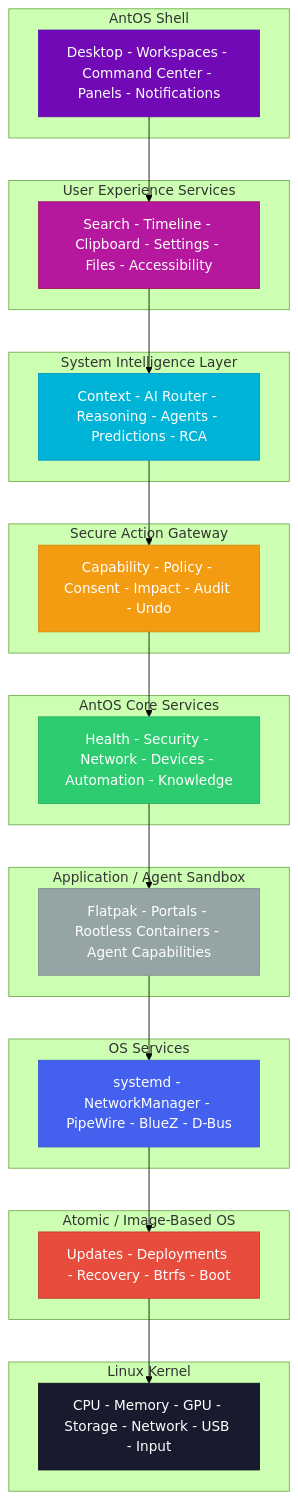
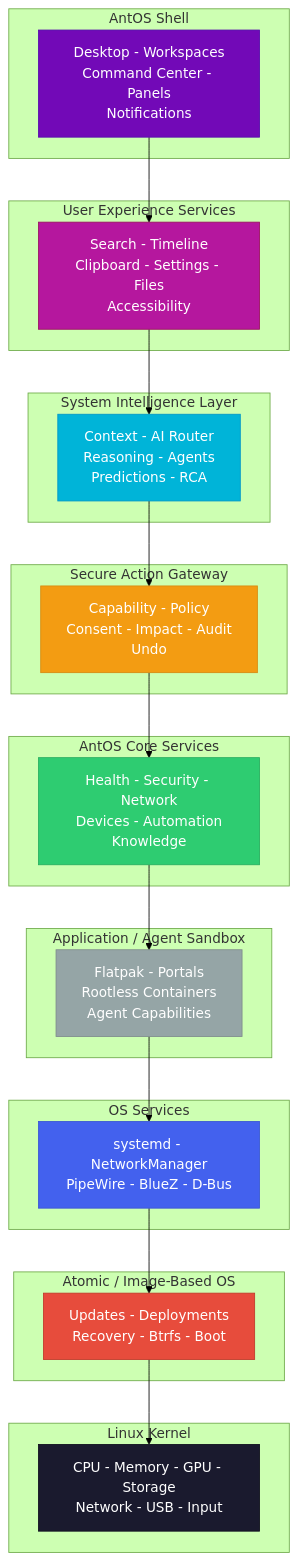
Before and after one commit to abalmalvez-lab/AntOS: the second of 5 diagrams in AntOS-Features-and-Capabilities_v1.md, drawn with Mermaid (forest theme).

Commit message:
docs: wrap long mermaid node labels with <br/> to fit GitHub column width

````diff
--- a/AntOS-Features-and-Capabilities_v1.md
+++ b/AntOS-Features-and-Capabilities_v1.md
@@ -99,52 +99,52 @@
 ```mermaid
 %%{init: {"flowchart": {"useMaxWidth": true}}}%%
 flowchart TD
     classDef shellLayer fill:#7209b7,stroke:#560bad,color:#fff
     classDef uxLayer fill:#b5179e,stroke:#9b1160,color:#fff
     classDef aiLayer fill:#00b4d8,stroke:#0096c7,color:#fff
     classDef gatewayLayer fill:#f39c12,stroke:#d68910,color:#fff
     classDef servicesLayer fill:#2ecc71,stroke:#27ae60,color:#fff
     classDef sandboxLayer fill:#95a5a6,stroke:#7f8c8d,color:#fff
     classDef osLayer fill:#4361ee,stroke:#3a56d4,color:#fff
     classDef atomicLayer fill:#e74c3c,stroke:#c0392b,color:#fff
     classDef kernelLayer fill:#1a1a2e,stroke:#0f0f1e,color:#fff
 
     subgraph S1["AntOS Shell"]
-        S["Desktop - Workspaces - Command Center - Panels - Notifications"]
+        S["Desktop - Workspaces<br/>Command Center - Panels<br/>Notifications"]
     end
     subgraph S2["User Experience Services"]
-        U["Search - Timeline - Clipboard - Settings - Files - Accessibility"]
+        U["Search - Timeline<br/>Clipboard - Settings - Files<br/>Accessibility"]
     end
     subgraph S3["System Intelligence Layer"]
-        A["Context - AI Router - Reasoning - Agents - Predictions - RCA"]
+        A["Context - AI Router<br/>Reasoning - Agents<br/>Predictions - RCA"]
     end
     subgraph S4["Secure Action Gateway"]
-        G["Capability - Policy - Consent - Impact - Audit - Undo"]
+        G["Capability - Policy<br/>Consent - Impact - Audit<br/>Undo"]
     end
     subgraph S5["AntOS Core Services"]
-        C["Health - Security - Network - Devices - Automation - Knowledge"]
+        C["Health - Security - Network<br/>Devices - Automation<br/>Knowledge"]
     end
     subgraph S6["Application / Agent Sandbox"]
-        X["Flatpak - Portals - Rootless Containers - Agent Capabilities"]
+        X["Flatpak - Portals<br/>Rootless Containers<br/>Agent Capabilities"]
     end
     subgraph S7["OS Services"]
-        O["systemd - NetworkManager - PipeWire - BlueZ - D-Bus"]
+        O["systemd - NetworkManager<br/>PipeWire - BlueZ - D-Bus"]
     end
     subgraph S8["Atomic / Image-Based OS"]
-        T["Updates - Deployments - Recovery - Btrfs - Boot"]
+        T["Updates - Deployments<br/>Recovery - Btrfs - Boot"]
     end
     subgraph S9["Linux Kernel"]
-        K["CPU - Memory - GPU - Storage - Network - USB - Input"]
+        K["CPU - Memory - GPU - Storage<br/>Network - USB - Input"]
     end
 
     S --> U --> A --> G --> C --> X --> O --> T --> K
     class S shellLayer
     class U uxLayer
     class A aiLayer
     class G gatewayLayer
     class C servicesLayer
     class X sandboxLayer
     class O osLayer
     class T atomicLayer
     class K kernelLayer
 ```
````
